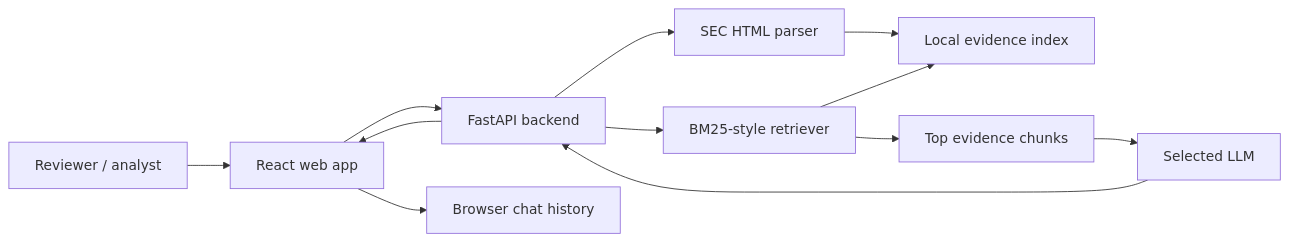
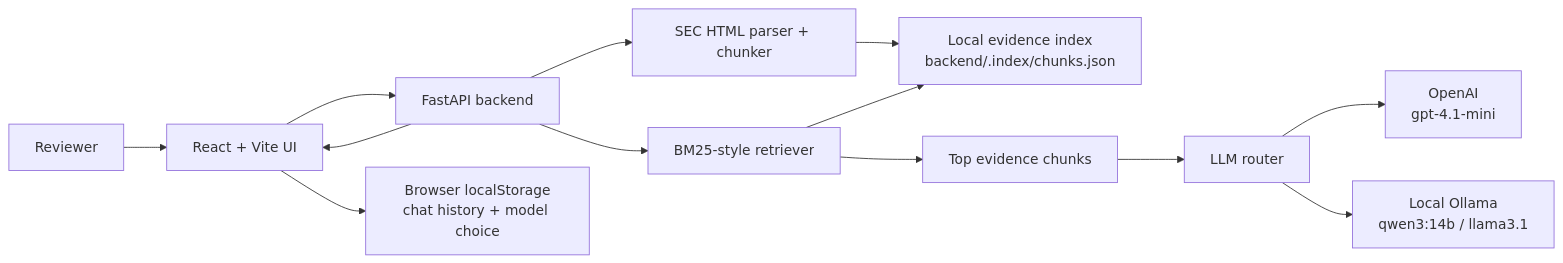
One commit to vrize-poc-demo/evidence-alpha changed the first of 6 diagrams in docs/ARCHITECTURE.md. Above: the diagram before and after it, drawn with Mermaid. The commit also changed other lines of this file and 9 other files, not shown here.

````diff
--- a/docs/ARCHITECTURE.md
+++ b/docs/ARCHITECTURE.md
@@ -9,14 +7,15 @@
 ```mermaid
 flowchart LR
-    User["Reviewer / analyst"] --> UI["React web app"]
+    Reviewer["Reviewer"] --> UI["React + Vite UI"]
     UI --> API["FastAPI backend"]
-    API --> Parser["SEC HTML parser"]
-    Parser --> Index["Local evidence index"]
-    API --> Search["BM25-style retriever"]
-    Search --> Index
-    Search --> Evidence["Top evidence chunks"]
-    Evidence --> LLM["Selected LLM"]
-    LLM --> API
+    API --> Indexer["SEC HTML parser + chunker"]
+    Indexer --> LocalIndex["Local evidence index<br/>backend/.index/chunks.json"]
+    API --> Retriever["BM25-style retriever"]
+    Retriever --> LocalIndex
+    Retriever --> Evidence["Top evidence chunks"]
+    Evidence --> LLMRouter["LLM router"]
+    LLMRouter --> OpenAI["OpenAI<br/>gpt-4.1-mini"]
+    LLMRouter --> Ollama["Local Ollama<br/>qwen3:14b / llama3.1"]
     API --> UI
-    UI --> History["Browser chat history"]
+    UI --> BrowserStore["Browser localStorage<br/>chat history + model choice"]
 ```
````
